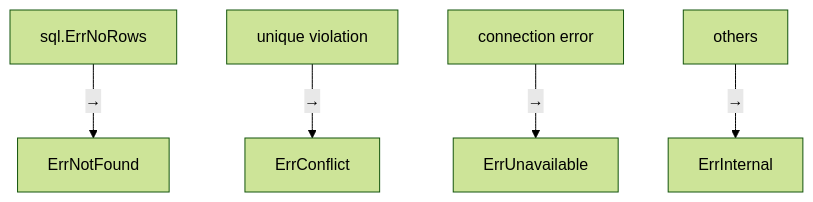
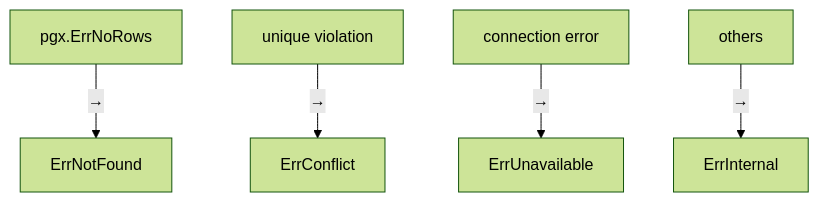
Before and after one commit to Tomy-ch/go-boilerplate: the third of 3 diagrams in internal/infrastructure/rdb/README.ja.md, drawn with Mermaid (forest theme). The commit also changed other lines of this file and 1 other file, not shown here.

````diff
--- a/internal/infrastructure/rdb/README.ja.md
+++ b/internal/infrastructure/rdb/README.ja.md
@@ -187,7 +170,7 @@
 ```mermaid
 flowchart TB
-    A["sql.ErrNoRows"] -->|→| B["ErrNotFound"]
+    A["pgx.ErrNoRows"] -->|→| B["ErrNotFound"]
     C["unique violation"] -->|→| D["ErrConflict"]
     E["connection error"] -->|→| F["ErrUnavailable"]
     G["others"] -->|→| H["ErrInternal"]
 ```
````
